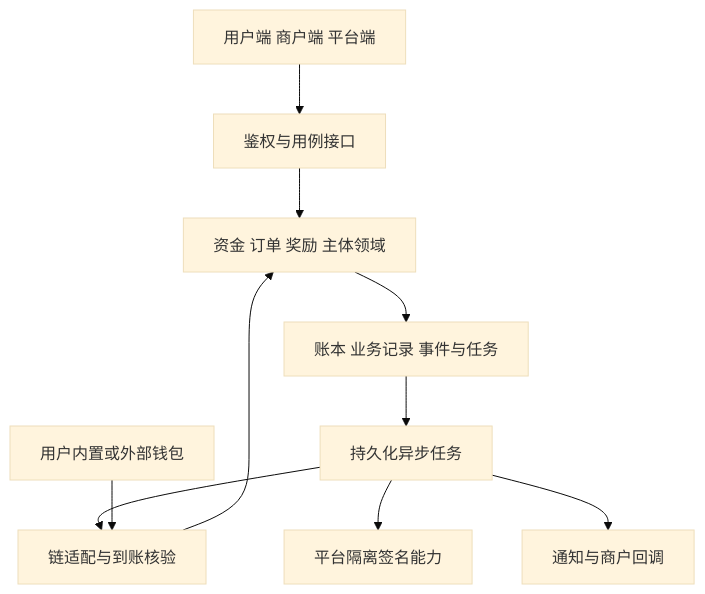
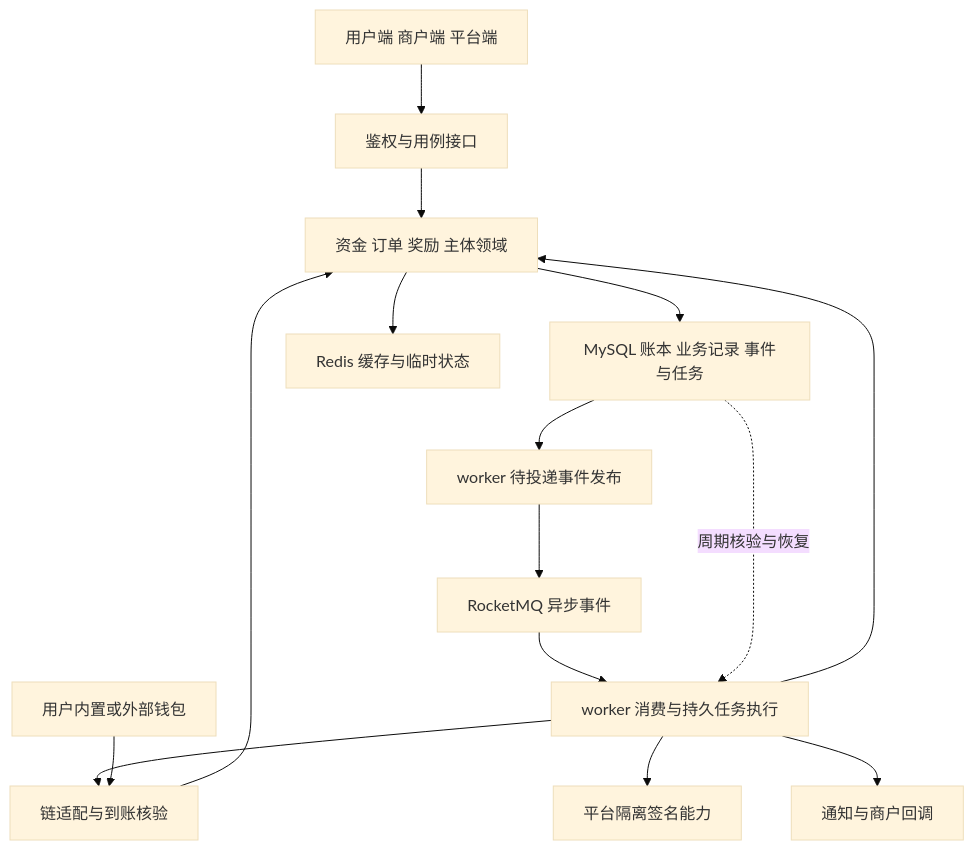
One commit to 0xabcd-k/DexWallet changed the diagram in docs/design/04系统架构与契约.md. Above: the diagram before and after it, drawn with Mermaid (base theme). The commit also changed other lines of this file and 5 other files, not shown here.

````diff
--- a/docs/design/04系统架构与契约.md
+++ b/docs/design/04系统架构与契约.md
@@ -9,12 +9,17 @@
 ```mermaid
 flowchart TD
     UI[用户端 商户端 平台端] --> API[鉴权与用例接口]
     API --> Domain[资金 订单 奖励 主体领域]
-    Domain --> DB[账本 业务记录 事件与任务]
-    DB --> Jobs[持久化异步任务]
+    Domain --> DB[MySQL 账本 业务记录 事件与任务]
+    Domain --> Cache[Redis 缓存与临时状态]
+    DB --> Relay[worker 待投递事件发布]
+    Relay --> MQ[RocketMQ 异步事件]
+    MQ --> Jobs[worker 消费与持久任务执行]
+    DB -.周期核验与恢复.-> Jobs
+    Jobs --> Domain
     Jobs --> Chain[链适配与到账核验]
     Jobs --> Sign[平台隔离签名能力]
     Jobs --> Notify[通知与商户回调]
     Wallet[用户内置或外部钱包] --> Chain
     Chain --> Domain
 ```
````
